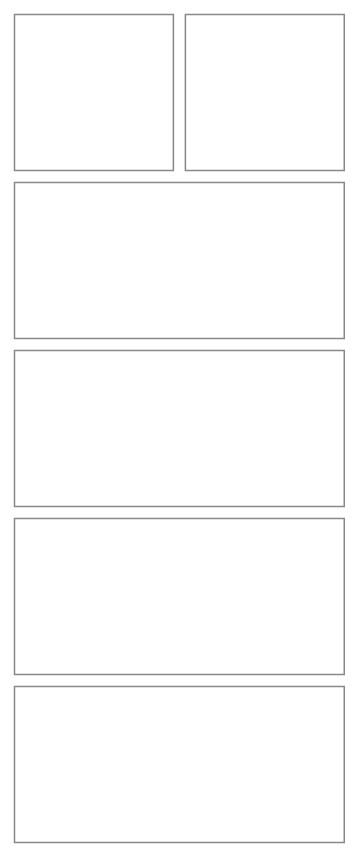
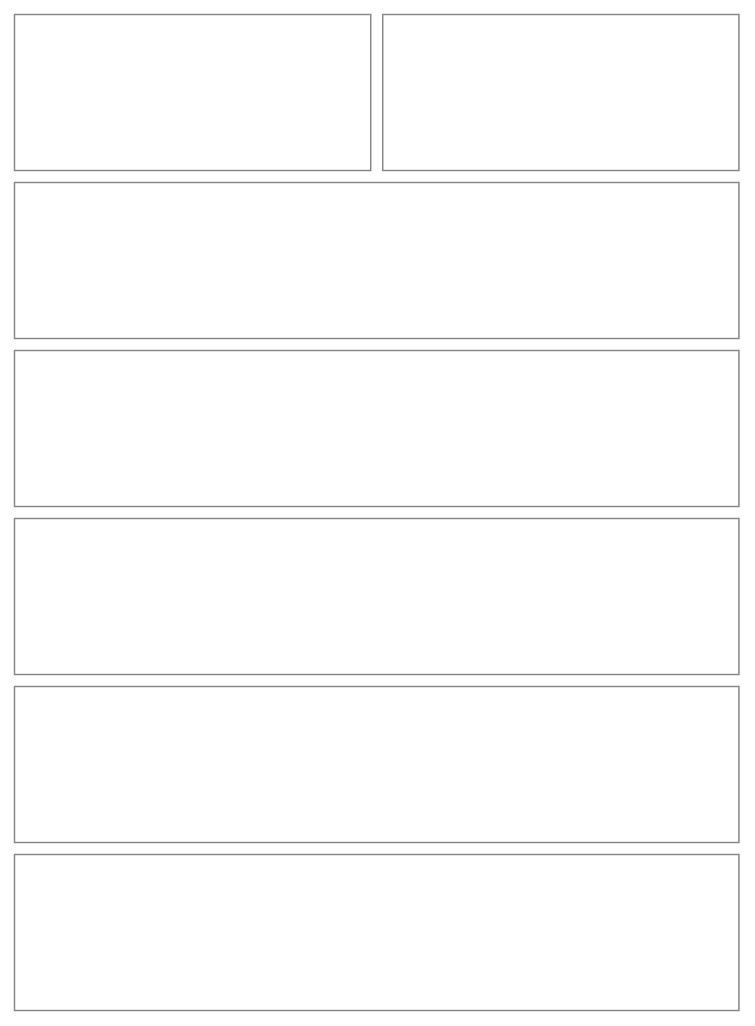
The tenth of 33 diagrams in src/apps/pinch/UX.md (NovaMoonX/moondreams-dev-apps), drawn with Mermaid before and after one commit. The commit also changed other lines of this file and 30 other files, not shown here.

First line of the commit message:
Pinch: recipe sources (#345)

````diff
--- a/src/apps/pinch/UX.md
+++ b/src/apps/pinch/UX.md
@@ -346,17 +349,19 @@
 ```mermaid
 %%{init: {'theme': 'base', 'themeVariables': {'primaryColor': 'transparent', 'primaryBorderColor': '#888888', 'primaryTextColor': '#333333', 'lineColor': '#888888'}}}%%
 block-beta
   columns 2
   R1["Recipes"]:1
   R2["+ New"]:1
-  R3["[ Recipes ]   Meals   👁"]:2
-  R4["🔍 Search (from 8 recipes)"]:2
+  R3["[ Recipes ]   Meals   👁 (when no recipe has a source)"]:2
+  R7["📖 Sources · 3 ›  (once a source exists)"]:2
+  R4["🔍 Search · filter · 👁 (from 8 recipes, or once a recipe has a source)"]:2
   R5["🖼️ Adobo chicken<br/>4 servings · 45 min<br/>$3.20 / serving<br/>🔥 520 · 💪 38g (when on)"]:2
   R6["🖼️ Cilantro lime rice<br/>4 servings · 25 min<br/>$1.35 / serving · leaves out 1"]:2
   style R1 fill:transparent,stroke:#888888,stroke-width:1px;
   style R2 fill:transparent,stroke:#888888,stroke-width:1px;
   style R3 fill:transparent,stroke:#888888,stroke-width:1px;
+  style R7 fill:transparent,stroke:#888888,stroke-width:1px;
   style R4 fill:transparent,stroke:#888888,stroke-width:1px;
   style R5 fill:transparent,stroke:#888888,stroke-width:1px;
   style R6 fill:transparent,stroke:#888888,stroke-width:1px;
 ```
````
